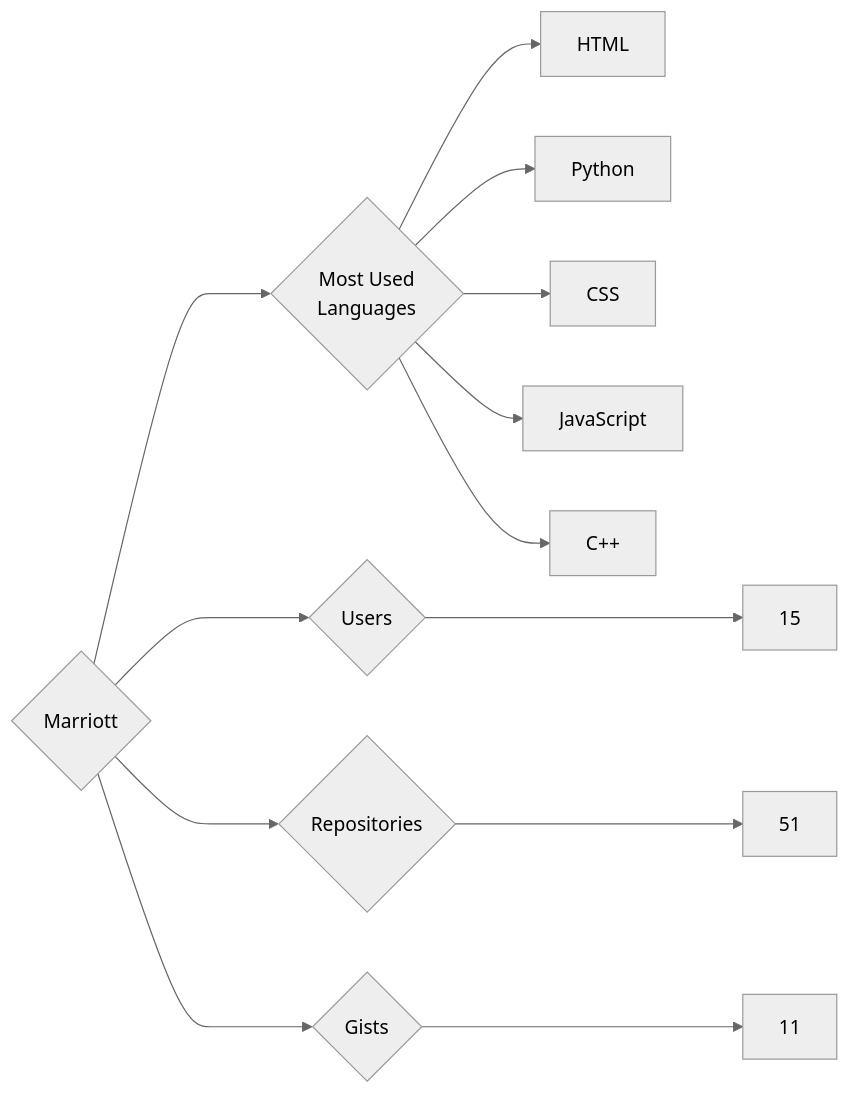
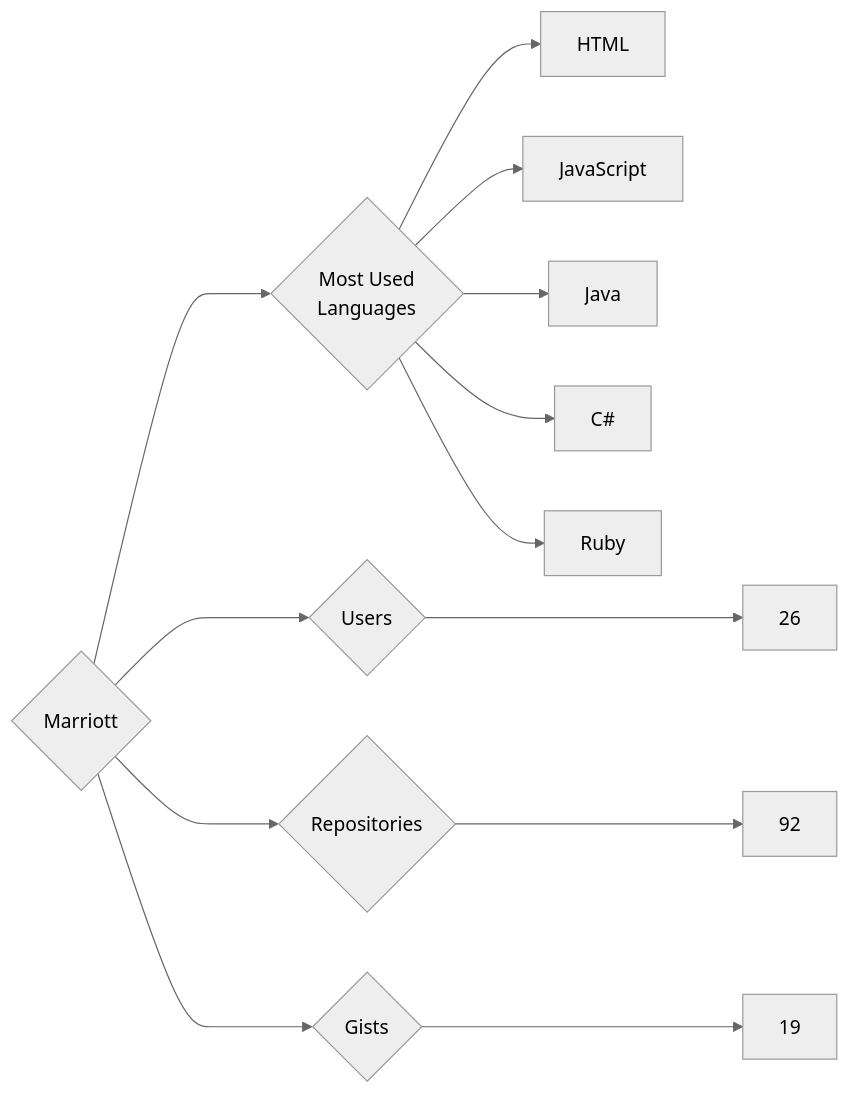
One commit to trickest/insiders changed the diagram in targets/Marriott/README.md. Above: the diagram before and after it, drawn with Mermaid (neutral theme). The commit also changed 948 other files, not shown here.

````diff
--- a/targets/Marriott/README.md
+++ b/targets/Marriott/README.md
@@ -3,13 +3,13 @@
 ```mermaid
 graph LR
 COMPANY_NAME{Marriott}
-COMPANY_NAME ---> U{Users} ---> UN[15]
-COMPANY_NAME ---> R{Repositories} ---> RN[51]
-COMPANY_NAME ---> G{Gists} ---> GN[11]
+COMPANY_NAME ---> U{Users} ---> UN[26]
+COMPANY_NAME ---> R{Repositories} ---> RN[92]
+COMPANY_NAME ---> G{Gists} ---> GN[19]
 COMPANY_NAME ---> ML{Most Used<br>Languages}
 ML --> HTML[HTML]
-ML --> Python[Python]
-ML --> CSS[CSS]
 ML --> JavaScript[JavaScript]
-ML --> C++[C++]
+ML --> Java[Java]
+ML --> C#[C#]
+ML --> Ruby[Ruby]
 ```
````
